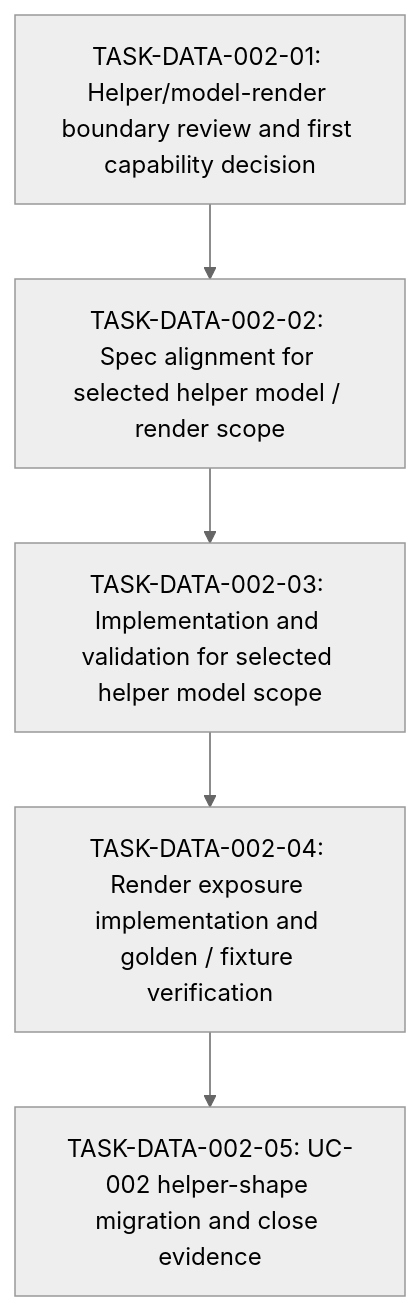
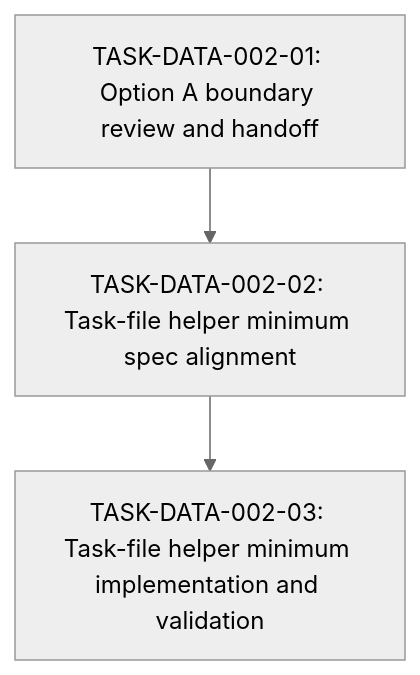
The diagram in docs/work-items/data/WORK-DATA-002-helper-model-and-model-render-follow-up.md (hiroshiasayadev-prog/brewprint), drawn with Mermaid (neutral theme) before and after one commit. The commit also changed other lines of this file and 4 other files, not shown here.

Commit message:
docs(data): narrow helper model follow-up boundary

````diff
--- a/docs/work-items/data/WORK-DATA-002-helper-model-and-model-render-follow-up.md
+++ b/docs/work-items/data/WORK-DATA-002-helper-model-and-model-render-follow-up.md
@@ -57,9 +69,7 @@
 ```mermaid
 flowchart TD
-  T1["TASK-DATA-002-01: Helper/model-render boundary review and first capability decision"]
-  T2["TASK-DATA-002-02: Spec alignment for selected helper model / render scope"]
-  T3["TASK-DATA-002-03: Implementation and validation for selected helper model scope"]
-  T4["TASK-DATA-002-04: Render exposure implementation and golden / fixture verification"]
-  T5["TASK-DATA-002-05: UC-002 helper-shape migration and close evidence"]
-  T1 --> T2 --> T3 --> T4 --> T5
+  T1["TASK-DATA-002-01: Option A boundary review and handoff"]
+  T2["TASK-DATA-002-02: Task-file helper minimum spec alignment"]
+  T3["TASK-DATA-002-03: Task-file helper minimum implementation and validation"]
+  T1 --> T2 --> T3
 ```
````
